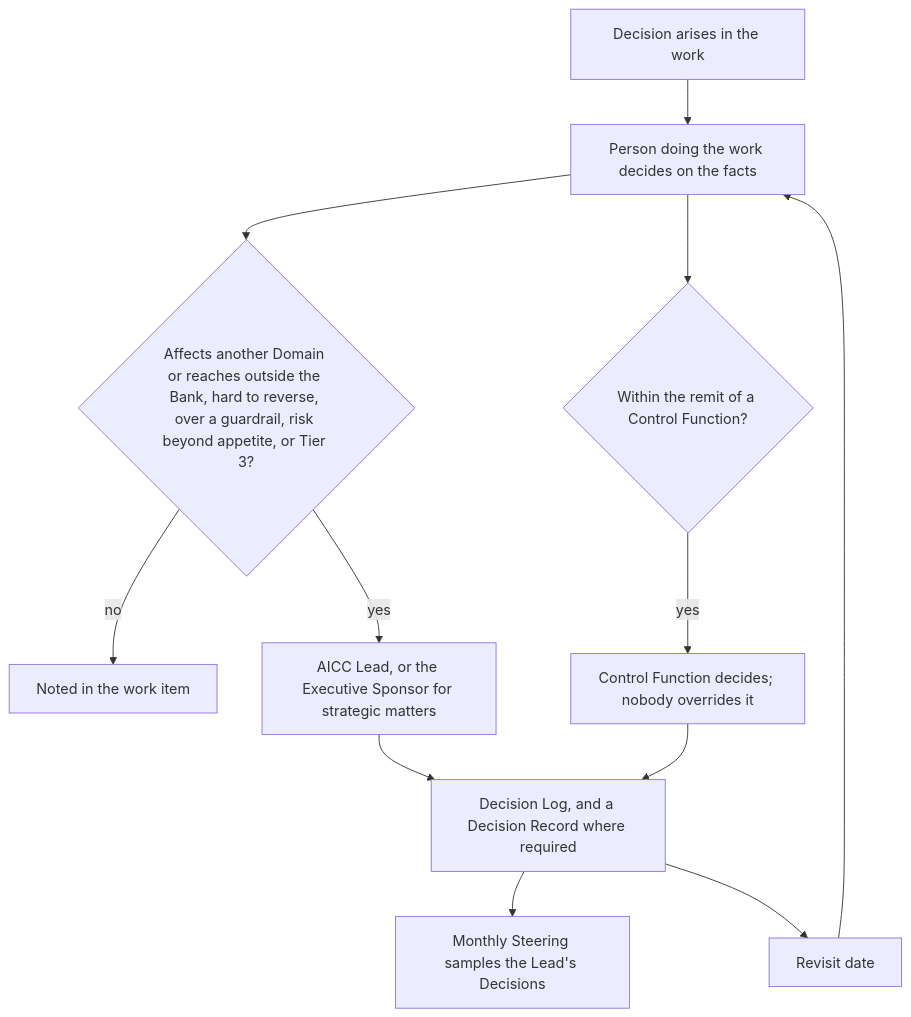
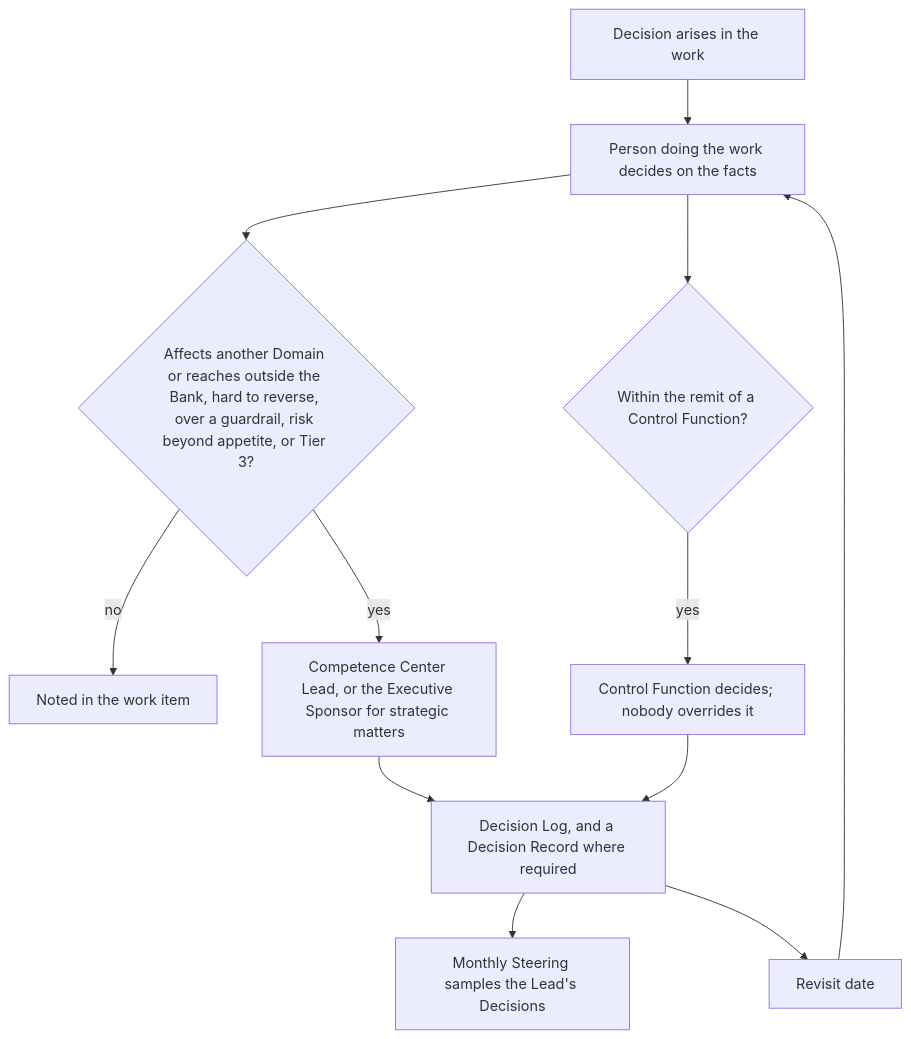
The first of 8 diagrams in charter/en/documents/operating-model.md (devhogu/ob-aicc), drawn with Mermaid before and after one commit. The commit also changed other lines of this file and 1149 other files, not shown here.

First line of the commit message:
The name Competence Center: AICC stays only as a code (DR-2026-066)

````diff
--- a/charter/en/documents/operating-model.md
+++ b/charter/en/documents/operating-model.md
@@ -117,14 +117,14 @@
 ```mermaid
 flowchart TB
   A["Decision arises in the work"] --> B["Person doing the work decides on the facts"]
   B --> C{"Affects another Domain or reaches outside the Bank, hard to reverse, over a guardrail, risk beyond appetite, or Tier 3?"}
   C -->|no| D["Noted in the work item"]
-  C -->|yes| E["AICC Lead, or the Executive Sponsor for strategic matters"]
+  C -->|yes| E["Competence Center Lead, or the Executive Sponsor for strategic matters"]
   B --> G{"Within the remit of a Control Function?"}
   G -->|yes| H["Control Function decides; nobody overrides it"]
   E --> F["Decision Log, and a Decision Record where required"]
   H --> F
   F --> S["Monthly Steering samples the Lead's Decisions"]
   F --> R["Revisit date"]
   R --> B
 ```
````
